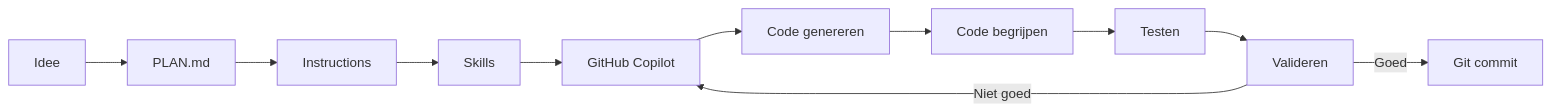
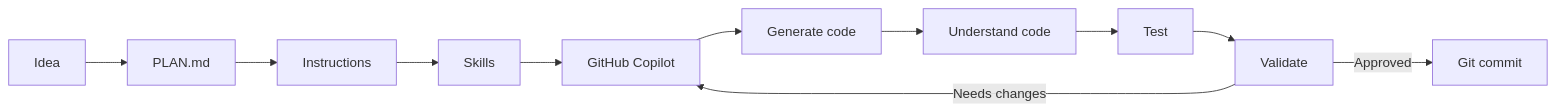
One commit to Drup1k/PhotographyPortfolio changed the second of 2 diagrams in PLAN.md. Above: the diagram before and after it, drawn with Mermaid. The commit also changed other lines of this file, not shown here.

````diff
--- a/PLAN.md
+++ b/PLAN.md
@@ -81,15 +104,13 @@
 ```mermaid
 flowchart LR
-
-    IDEA[Idee] --> PLAN[PLAN.md]
-    PLAN --> INST[Instructions]
-    INST --> SKILLS[Skills]
-    SKILLS --> COPILOT[GitHub Copilot]
-    COPILOT --> CODE[Code genereren]
-    CODE --> REVIEW[Code begrijpen]
-    REVIEW --> TEST[Testen]
-    TEST --> VALIDATE[Valideren]
-
-    VALIDATE -->|Niet goed| COPILOT
-    VALIDATE -->|Goed| COMMIT[Git commit]
+    IDEA["Idea"] --> PLAN["PLAN.md"]
+    PLAN --> INST["Instructions"]
+    INST --> SKILLS["Skills"]
+    SKILLS --> COPILOT["GitHub Copilot"]
+    COPILOT --> CODE["Generate code"]
+    CODE --> REVIEW["Understand code"]
+    REVIEW --> TEST["Test"]
+    TEST --> VALIDATE["Validate"]
+    VALIDATE -->|Needs changes| COPILOT
+    VALIDATE -->|Approved| COMMIT["Git commit"]
 ```
````
